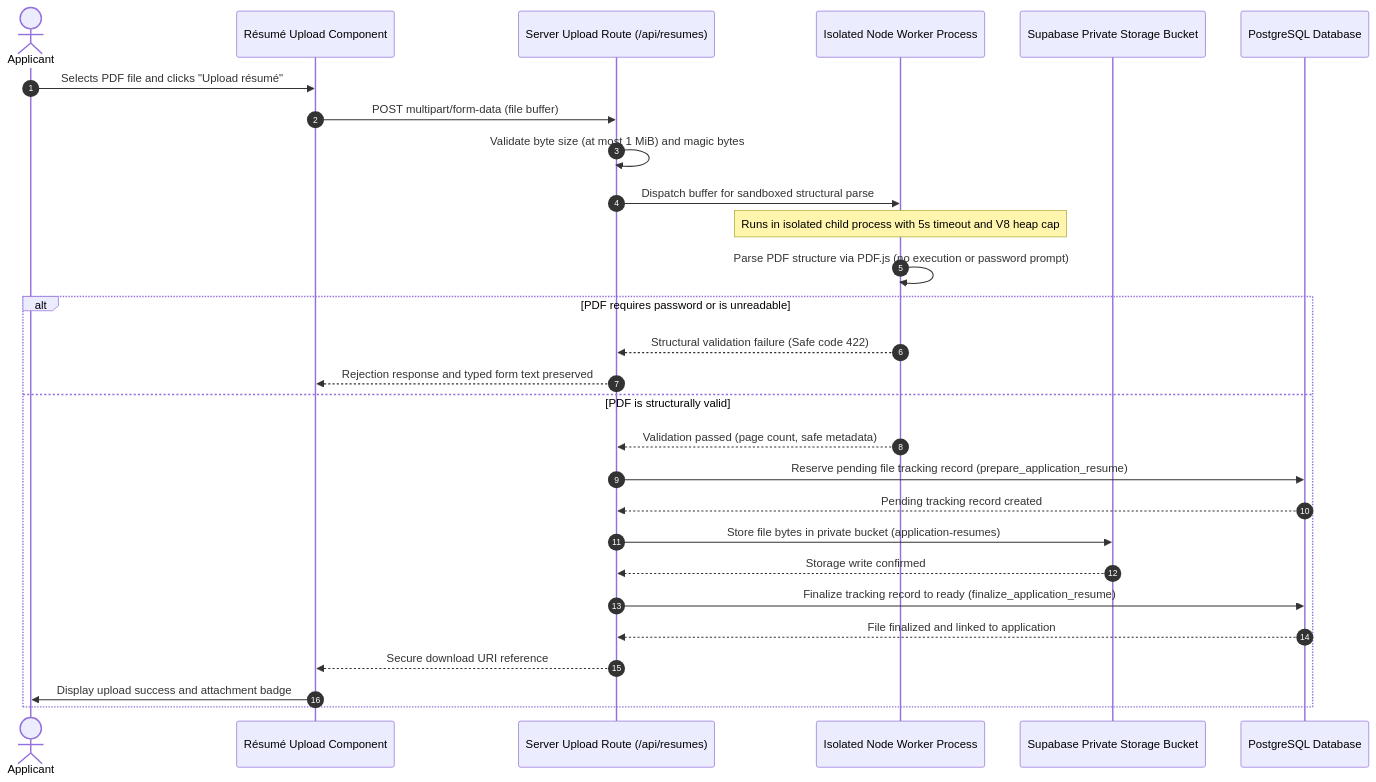
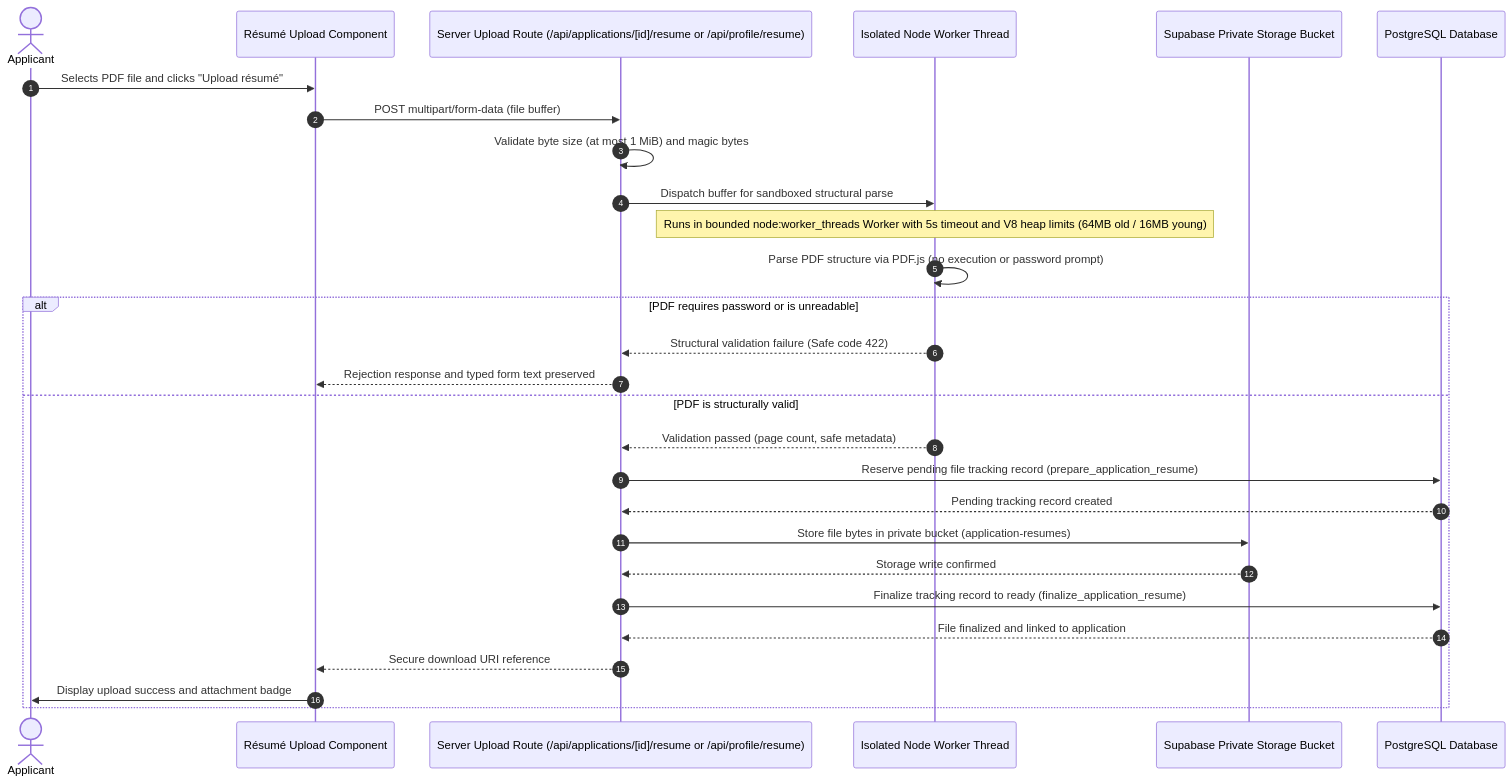
Before and after one commit to CS3227-2610-MP3-ConnectTalent/CS3227-2610-MP3: the fourth of 9 diagrams in docs/DeveloperGuide.md, drawn with Mermaid. The commit also changed other lines of this file and 9 other files, not shown here.

````diff
--- a/docs/DeveloperGuide.md
+++ b/docs/DeveloperGuide.md
@@ -939,31 +939,31 @@
 ```mermaid
 sequenceDiagram
     autonumber
     actor Applicant
     participant UI as Résumé Upload Component
-    participant Route as Server Upload Route (/api/resumes)
-    participant Worker as Isolated Node Worker Process
+    participant Route as Server Upload Route (/api/applications/[id]/resume or /api/profile/resume)
+    participant Worker as Isolated Node Worker Thread
     participant Storage as Supabase Private Storage Bucket
     participant DB as PostgreSQL Database
 
     Applicant->>UI: Selects PDF file and clicks "Upload résumé"
     UI->>Route: POST multipart/form-data (file buffer)
     Route->>Route: Validate byte size (at most 1 MiB) and magic bytes
     Route->>Worker: Dispatch buffer for sandboxed structural parse
-    Note over Worker: Runs in isolated child process with 5s timeout and V8 heap cap
+    Note over Worker: Runs in bounded node:worker_threads Worker with 5s timeout and V8 heap limits (64MB old / 16MB young)
     Worker->>Worker: Parse PDF structure via PDF.js (no execution or password prompt)
     alt PDF requires password or is unreadable
         Worker-->>Route: Structural validation failure (Safe code 422)
         Route-->>UI: Rejection response and typed form text preserved
     else PDF is structurally valid
         Worker-->>Route: Validation passed (page count, safe metadata)
         Route->>DB: Reserve pending file tracking record (prepare_application_resume)
         DB-->>Route: Pending tracking record created
         Route->>Storage: Store file bytes in private bucket (application-resumes)
         Storage-->>Route: Storage write confirmed
         Route->>DB: Finalize tracking record to ready (finalize_application_resume)
         DB-->>Route: File finalized and linked to application
         Route-->>UI: Secure download URI reference
         UI->>Applicant: Display upload success and attachment badge
     end
 ```
````
